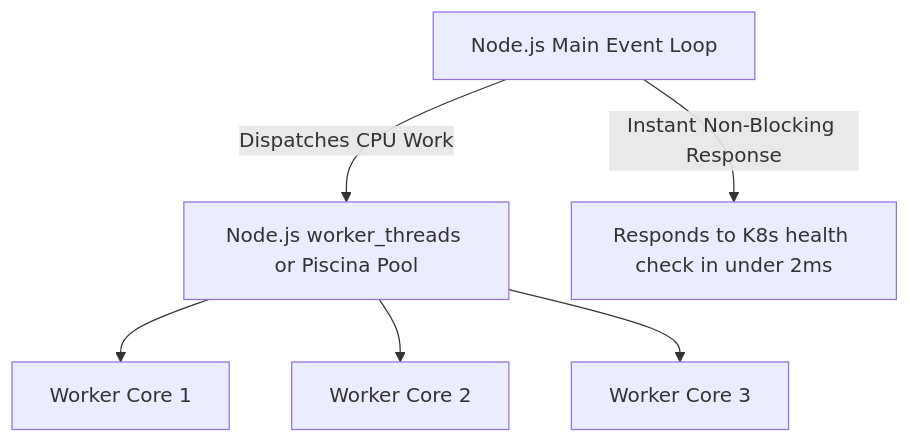
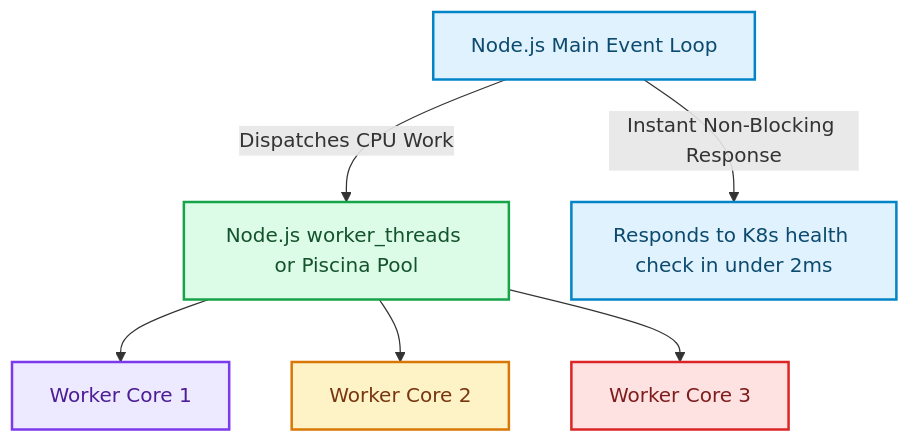
The second of 2 diagrams in blog/posts/nodejs-event-loop-trap-react-server-components-cpu-starvation.md (akmalkhaniub/akmalkhaniub.github.io), drawn with Mermaid before and after one commit. The commit also changed other lines of this file and 1291 other files, not shown here.

First line of the commit message:
feat(catalog): unique covers, scholarly references, and diagram palettes

````diff
--- a/blog/posts/nodejs-event-loop-trap-react-server-components-cpu-starvation.md
+++ b/blog/posts/nodejs-event-loop-trap-react-server-components-cpu-starvation.md
@@ -95,9 +106,20 @@
 ```mermaid
 flowchart TD
   MainThread["Node.js Main Event Loop"] -->|Dispatches CPU Work| WorkerPool["Node.js worker_threads or Piscina Pool"]
   WorkerPool --> Thread1["Worker Core 1"]
   WorkerPool --> Thread2["Worker Core 2"]
   WorkerPool --> Thread3["Worker Core 3"]
   
   MainThread -->|Instant Non-Blocking Response| HealthCheck["Responds to K8s health check in under 2ms"]
+
+classDef green fill:#dcfce7,stroke:#16a34a,stroke-width:2px,color:#14532d;
+classDef red fill:#fee2e2,stroke:#dc2626,stroke-width:2px,color:#7f1d1d;
+classDef blue fill:#e0f2fe,stroke:#0284c7,stroke-width:2px,color:#0c4a6e;
+classDef yellow fill:#fef3c7,stroke:#d97706,stroke-width:2px,color:#78350f;
+classDef purple fill:#ede9fe,stroke:#7c3aed,stroke-width:2px,color:#4c1d95;
+class MainThread,HealthCheck blue
+class WorkerPool green
+class Thread1 purple
+class Thread2 yellow
+class Thread3 red
 ```
````
